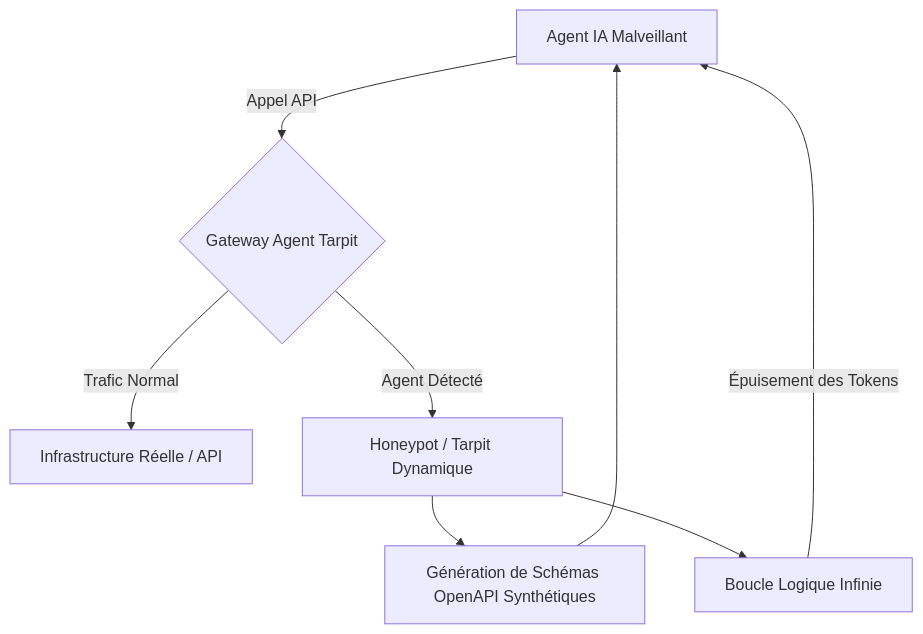
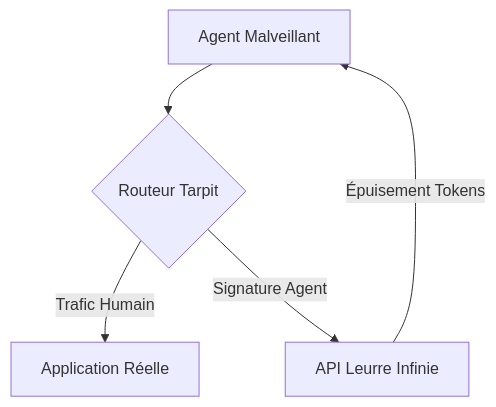
One commit to flouzzy/top-100-ai-startup-ideas changed the first of 2 diagrams in ideas/agent-tarpit/README.fr.md. Above: the diagram before and after it, drawn with Mermaid. The commit also changed other lines of this file and 41 other files, not shown here.

````diff
--- a/ideas/agent-tarpit/README.fr.md
+++ b/ideas/agent-tarpit/README.fr.md
@@ -17,10 +17,8 @@
 ```mermaid
 graph TD
-    A["Agent IA Malveillant"] -->|Appel API| B{"Gateway Agent Tarpit"}
-    B -->|Trafic Normal| C["Infrastructure Réelle / API"]
-    B -->|Agent Détecté| D["Honeypot / Tarpit Dynamique"]
-    D --> E["Génération de Schémas OpenAPI Synthétiques"]
-    D --> F["Boucle Logique Infinie"]
-    E --> A
-    F -->|Épuisement des Tokens| A
+    %% Architecture Tarpit
+    A["Agent Malveillant"] --> B{"Routeur Tarpit"}
+    B -->|Trafic Humain| C["Application Réelle"]
+    B -->|Signature Agent| D["API Leurre Infinie"]
+    D -->|Épuisement Tokens| A
 ```
````
